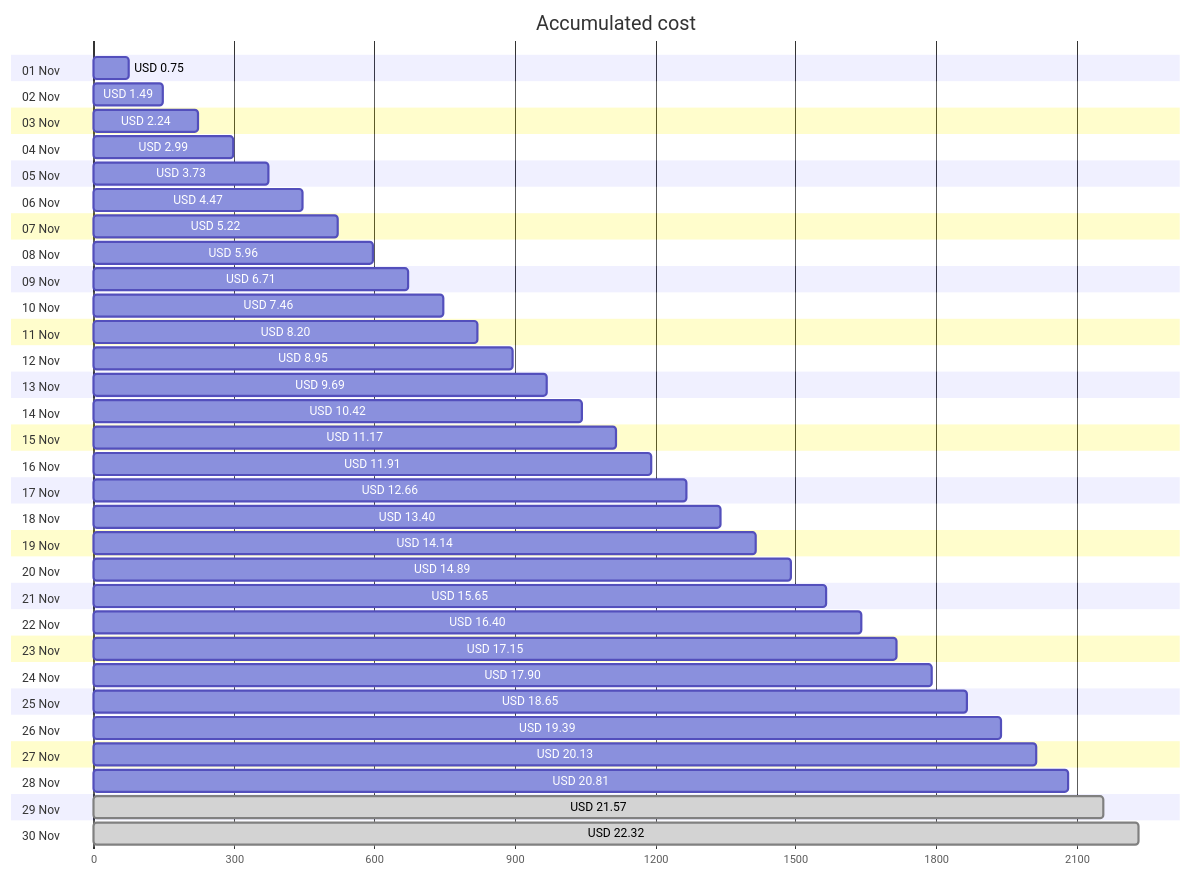
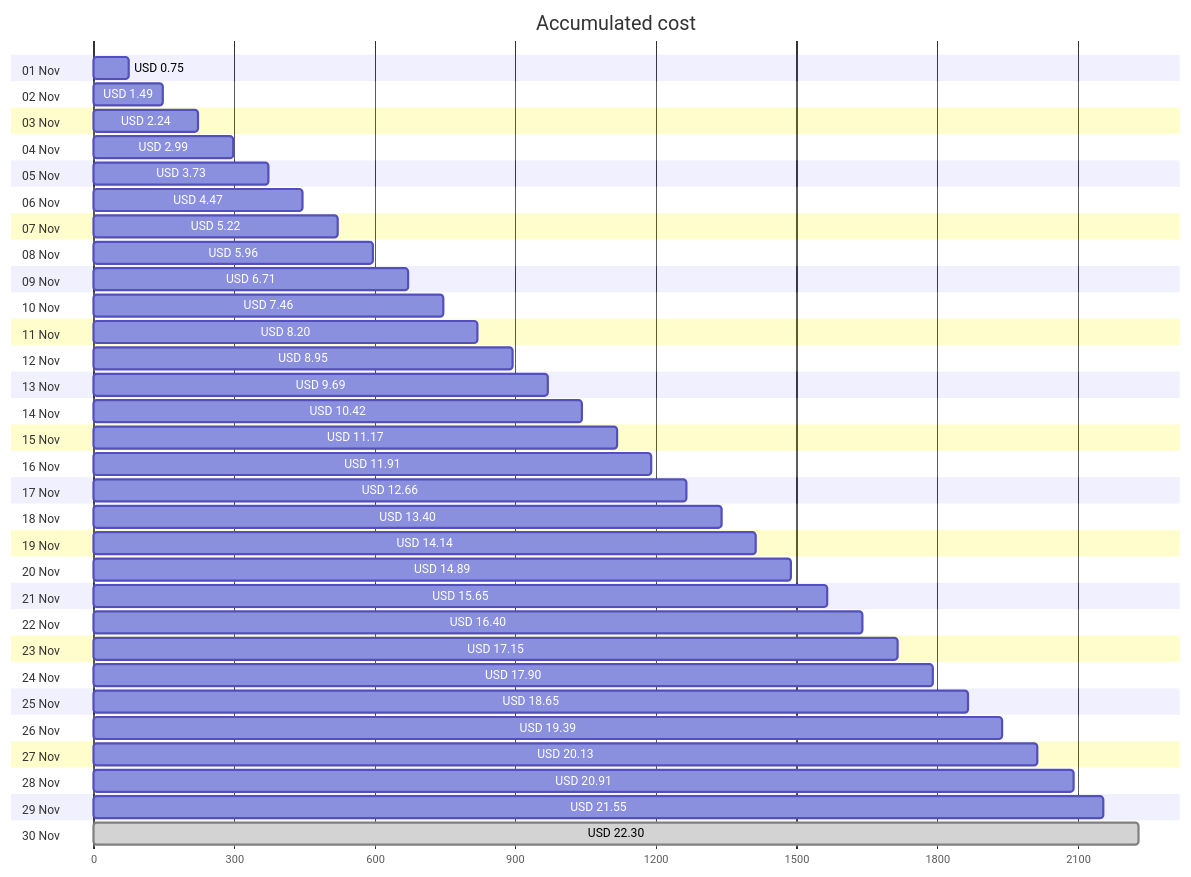
One commit to jpfulton/azure-personal-reports changed the first of 4 diagrams in cost-reports/personal-network/backup-server-data-disk.md. Above: the diagram before and after it, drawn with Mermaid. The commit also changed other lines of this file and 8 other files, not shown here.

````diff
--- a/cost-reports/personal-network/backup-server-data-disk.md
+++ b/cost-reports/personal-network/backup-server-data-disk.md
@@ -20,66 +20,66 @@
 ```mermaid
 gantt
    title Accumulated cost
    dateFormat  X
    axisFormat %s
    section 01 Nov
    USD 0.75 :0, 75
    section 02 Nov
    USD 1.49 :0, 149
    section 03 Nov
    USD 2.24 :0, 224
    section 04 Nov
    USD 2.99 :0, 299
    section 05 Nov
    USD 3.73 :0, 373
    section 06 Nov
    USD 4.47 :0, 447
    section 07 Nov
    USD 5.22 :0, 522
    section 08 Nov
    USD 5.96 :0, 596
    section 09 Nov
    USD 6.71 :0, 671
    section 10 Nov
    USD 7.46 :0, 746
    section 11 Nov
    USD 8.20 :0, 820
    section 12 Nov
    USD 8.95 :0, 895
    section 13 Nov
    USD 9.69 :0, 969
    section 14 Nov
    USD 10.42 :0, 1042
    section 15 Nov
    USD 11.17 :0, 1117
    section 16 Nov
    USD 11.91 :0, 1191
    section 17 Nov
    USD 12.66 :0, 1266
    section 18 Nov
    USD 13.40 :0, 1340
    section 19 Nov
    USD 14.14 :0, 1414
    section 20 Nov
    USD 14.89 :0, 1489
    section 21 Nov
    USD 15.65 :0, 1565
    section 22 Nov
    USD 16.40 :0, 1640
    section 23 Nov
    USD 17.15 :0, 1715
    section 24 Nov
    USD 17.90 :0, 1790
    section 25 Nov
    USD 18.65 :0, 1865
    section 26 Nov
    USD 19.39 :0, 1939
    section 27 Nov
    USD 20.13 :0, 2013
    section 28 Nov
-   USD 20.81 :0, 2081
+   USD 20.91 :0, 2091
    section 29 Nov
-   USD 21.57 : done, 0, 2157
+   USD 21.55 :0, 2155
    section 30 Nov
-   USD 22.32 : done, 0, 2232
+   USD 22.30 : done, 0, 2230
 ```
````
